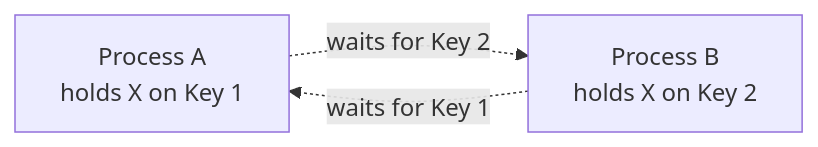
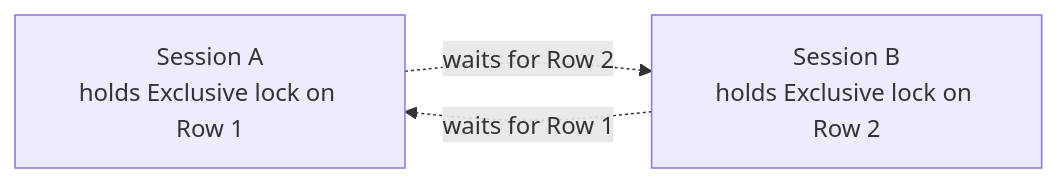
One commit to praneethrudroji/praneethrudroji.github.io changed the fourth of 8 diagrams in _posts/2026-07-13-sql-server-deadlocks-deep-dive.md. Above: the diagram before and after it, drawn with Mermaid. The commit also changed other lines of this file and 9 other files, not shown here.

First line of the commit message:
Simplify deadlocks post with lock diagrams; add glossary; expand abbreviations

````diff
--- a/_posts/2026-07-13-sql-server-deadlocks-deep-dive.md
+++ b/_posts/2026-07-13-sql-server-deadlocks-deep-dive.md
@@ -42,5 +59,5 @@
 ```mermaid
 flowchart LR
-    A["Process A<br>holds X on Key 1"] -. waits for Key 2 .-> B["Process B<br>holds X on Key 2"]
-    B -. waits for Key 1 .-> A
+    A["Session A<br>holds Exclusive lock on Row 1"] -. "waits for Row 2" .-> B["Session B<br>holds Exclusive lock on Row 2"]
+    B -. "waits for Row 1" .-> A
 ```
````
